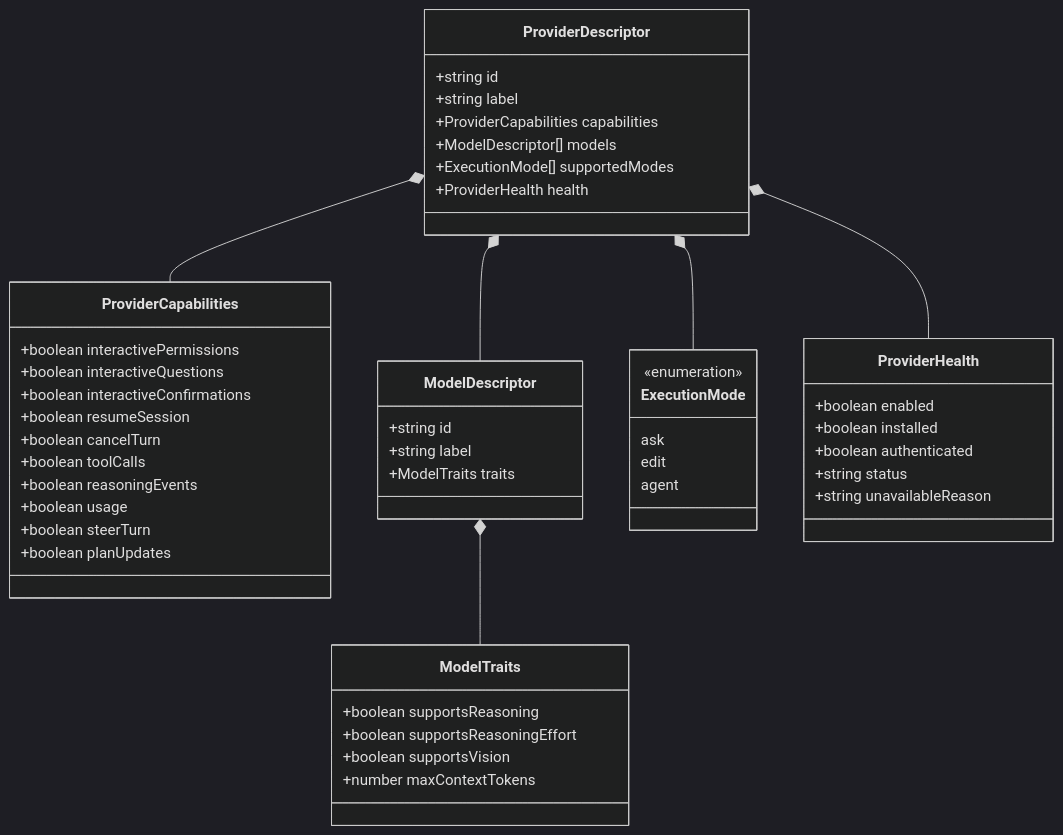
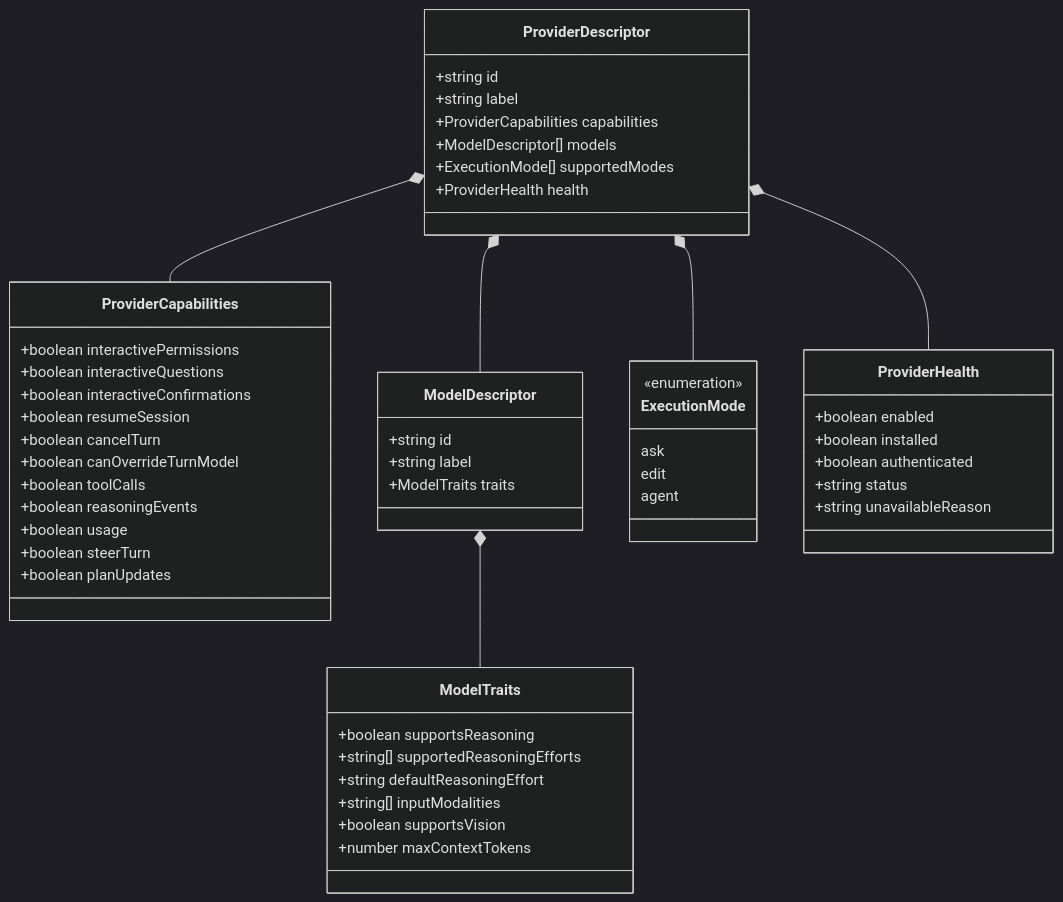
The diagram in specs/active/ai-adapters-hardening/areas/04-provider-capability-model.md (dczerwinskipl/nevo), drawn with Mermaid (dark theme) before and after one commit. The commit also changed other lines of this file and 20 other files, not shown here.

Commit message:
docs(specs): materialize ai-adapters-hardening architecture and task decomposition

````diff
--- a/specs/active/ai-adapters-hardening/areas/04-provider-capability-model.md
+++ b/specs/active/ai-adapters-hardening/areas/04-provider-capability-model.md
@@ -21,53 +21,56 @@
 ```mermaid
 classDiagram
     class ProviderDescriptor {
         +string id
         +string label
         +ProviderCapabilities capabilities
         +ModelDescriptor[] models
         +ExecutionMode[] supportedModes
         +ProviderHealth health
     }
     class ProviderCapabilities {
         +boolean interactivePermissions
         +boolean interactiveQuestions
         +boolean interactiveConfirmations
         +boolean resumeSession
         +boolean cancelTurn
+        +boolean canOverrideTurnModel
         +boolean toolCalls
         +boolean reasoningEvents
         +boolean usage
         +boolean steerTurn
         +boolean planUpdates
     }
     class ModelDescriptor {
         +string id
         +string label
         +ModelTraits traits
     }
     class ModelTraits {
         +boolean supportsReasoning
-        +boolean supportsReasoningEffort
+        +string[] supportedReasoningEfforts
+        +string defaultReasoningEffort
+        +string[] inputModalities
         +boolean supportsVision
         +number maxContextTokens
     }
     class ExecutionMode {
         <<enumeration>>
         ask
         edit
         agent
     }
     class ProviderHealth {
         +boolean enabled
         +boolean installed
         +boolean authenticated
         +string status
         +string unavailableReason
     }
 
     ProviderDescriptor *-- ProviderCapabilities
     ProviderDescriptor *-- ModelDescriptor
     ProviderDescriptor *-- ExecutionMode
     ProviderDescriptor *-- ProviderHealth
     ModelDescriptor *-- ModelTraits
 ```
````
